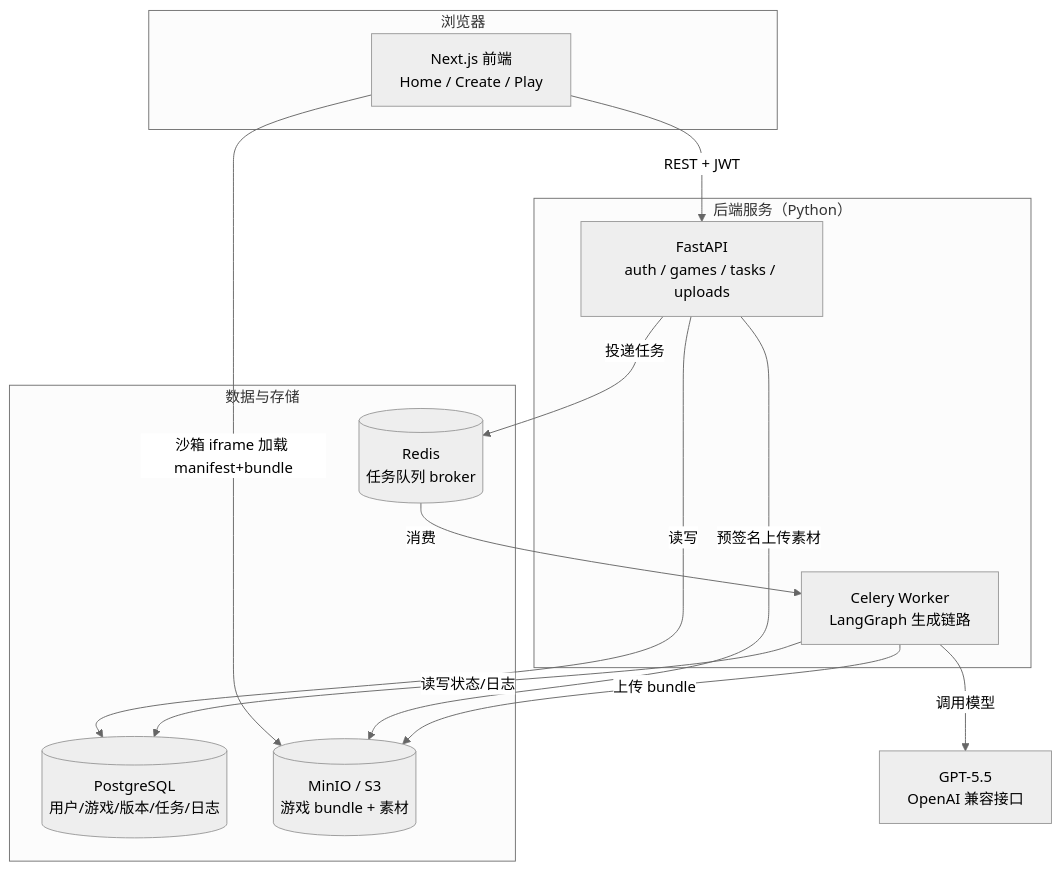
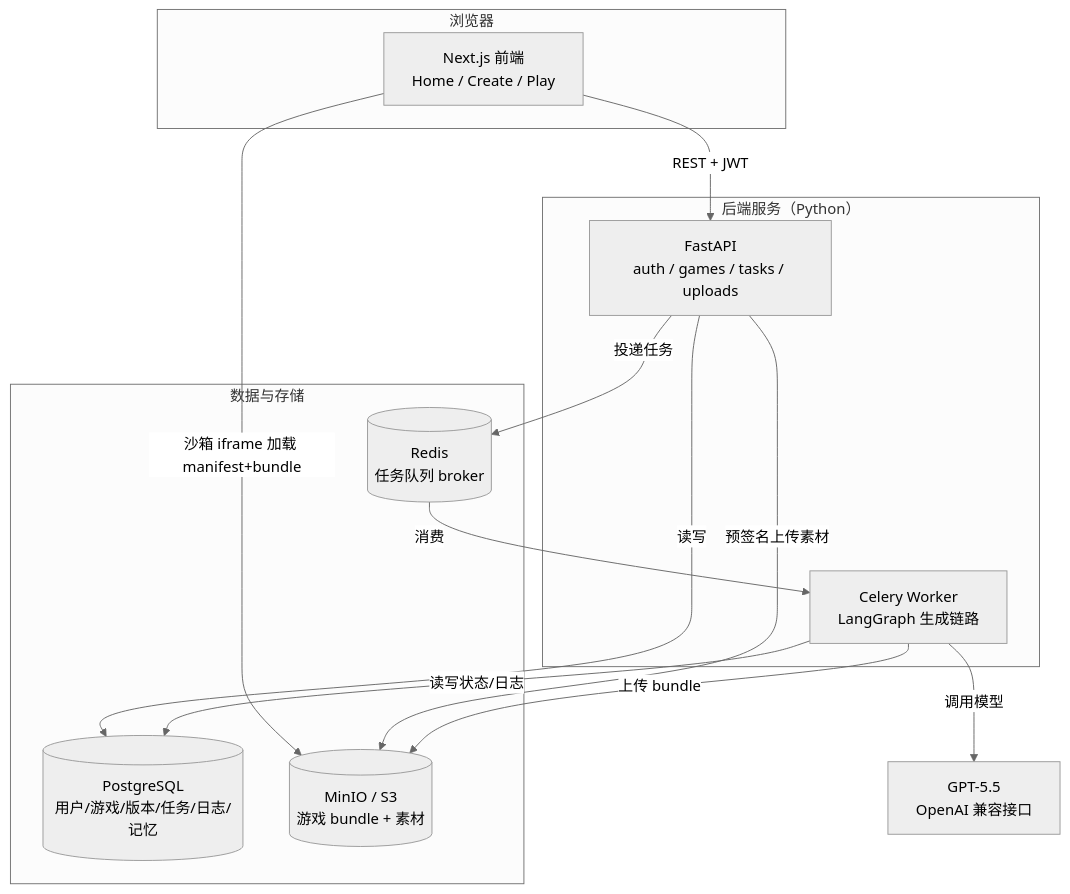
Before and after one commit to charlie11sun-netizen/yahaha: the first of 8 diagrams in docs/系统架构.md, drawn with Mermaid (neutral theme). The commit also changed other lines of this file and 25 other files, not shown here.

````diff
--- a/docs/系统架构.md
+++ b/docs/系统架构.md
@@ -27,29 +27,29 @@
 ```mermaid
 flowchart TB
     subgraph Client["浏览器"]
         UI["Next.js 前端<br/>Home / Create / Play"]
     end
 
     subgraph Backend["后端服务（Python）"]
         API["FastAPI<br/>auth / games / tasks / uploads"]
         Worker["Celery Worker<br/>LangGraph 生成链路"]
     end
 
     subgraph Store["数据与存储"]
-        PG[("PostgreSQL<br/>用户/游戏/版本/任务/日志")]
+        PG[("PostgreSQL<br/>用户/游戏/版本/任务/日志/记忆")]
         Redis[("Redis<br/>任务队列 broker")]
         OSS[("MinIO / S3<br/>游戏 bundle + 素材")]
     end
 
     LLM["GPT-5.5<br/>OpenAI 兼容接口"]
 
     UI -->|"REST + JWT"| API
     UI -->|"沙箱 iframe 加载 manifest+bundle"| OSS
     API -->|"读写"| PG
     API -->|"投递任务"| Redis
     API -->|"预签名上传素材"| OSS
     Redis -->|"消费"| Worker
     Worker -->|"读写状态/日志"| PG
     Worker -->|"调用模型"| LLM
     Worker -->|"上传 bundle"| OSS
 ```
````
